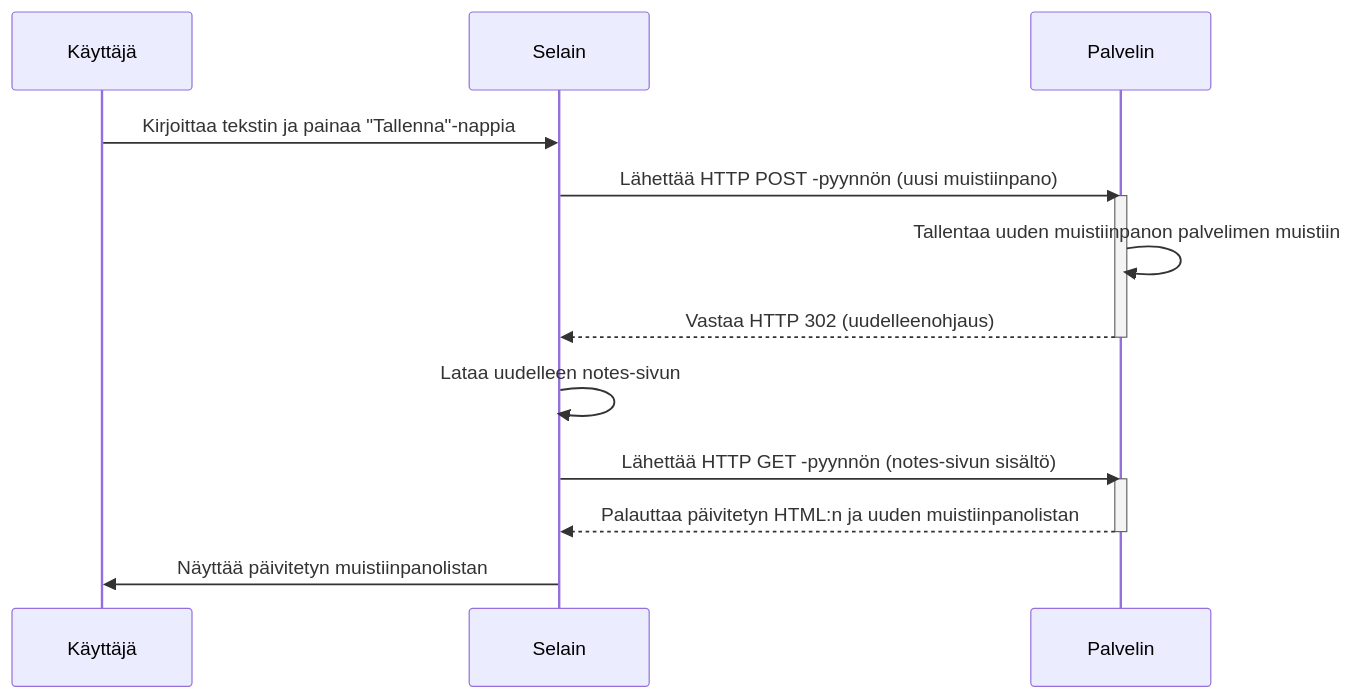
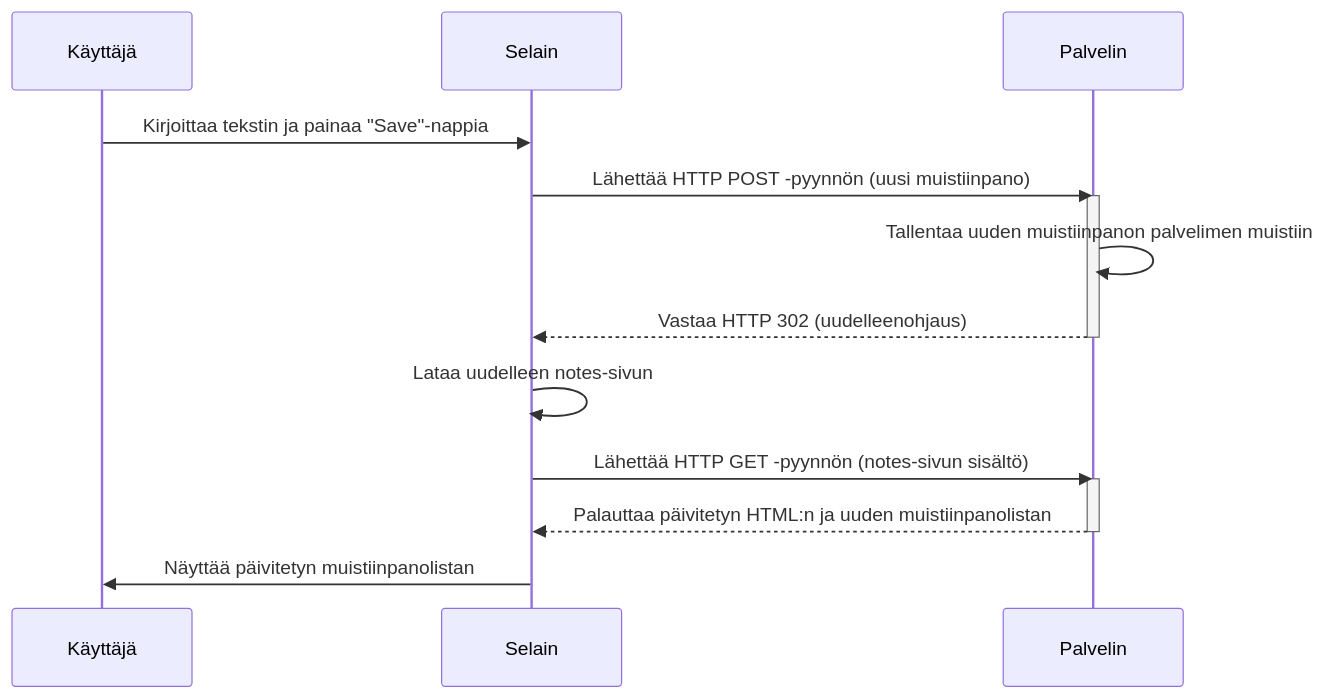
Before and after one commit to Ponolp/Fullstack-Open: the diagram in 0.4.md, drawn with Mermaid.

````diff
--- a/0.4.md
+++ b/0.4.md
@@ -1,19 +1,19 @@
 ```mermaid
 sequenceDiagram
     participant User as Käyttäjä
     participant Browser as Selain
     participant Server as Palvelin
 
-    User->>Browser: Kirjoittaa tekstin ja painaa "Tallenna"-nappia
+    User->>Browser: Kirjoittaa tekstin ja painaa "Save"-nappia
     Browser->>Server: Lähettää HTTP POST -pyynnön (uusi muistiinpano)
     activate Server
     Server->>Server: Tallentaa uuden muistiinpanon palvelimen muistiin
     Server-->>Browser: Vastaa HTTP 302 (uudelleenohjaus)
     deactivate Server
     Browser->>Browser: Lataa uudelleen notes-sivun
     Browser->>Server: Lähettää HTTP GET -pyynnön (notes-sivun sisältö)
     activate Server
     Server-->>Browser: Palauttaa päivitetyn HTML:n ja uuden muistiinpanolistan
     deactivate Server
     Browser->>User: Näyttää päivitetyn muistiinpanolistan
 ```
````
